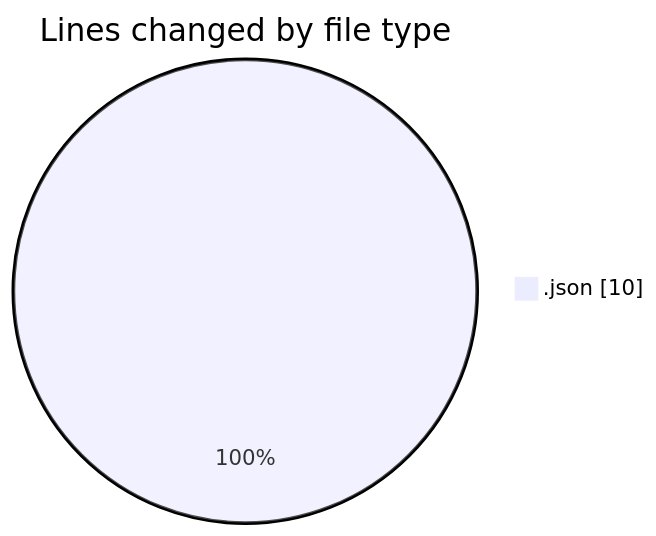
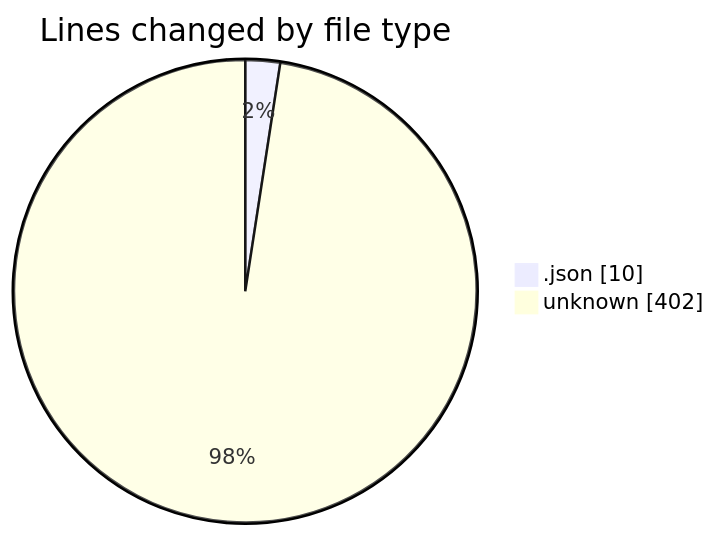
Before and after one commit to Netris89/code-tracking: the first of 2 diagrams in 2025-03-18/back-end/README.md, drawn with Mermaid. The commit also changed other lines of this file and 1 other file, not shown here.

````diff
--- a/2025-03-18/back-end/README.md
+++ b/2025-03-18/back-end/README.md
@@ -20,5 +21,6 @@
 ```mermaid
 pie showData
 title Lines changed by file type
 ".json" : 10
+"unknown" : 402
 ```
````
